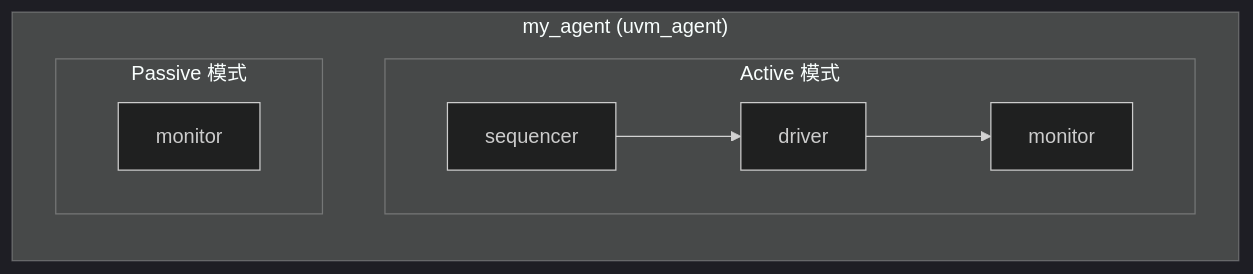
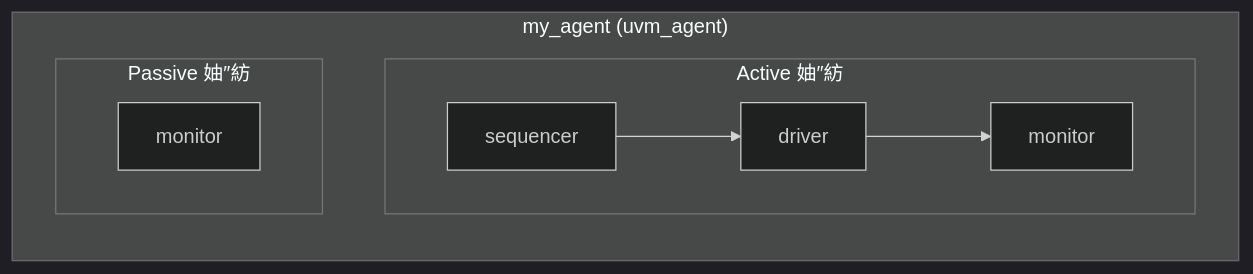
One commit to muyuzhang29-oss/obsidian-knowledge-base changed the fourth of 6 diagrams in .obsidian/claude-code-sessions/a2c15c04440e3536b55a5f7519143b28/note.md. Above: the diagram before and after it, drawn with Mermaid (dark theme). The commit also changed other lines of this file and 173 other files, not shown here.

````diff
--- a/.obsidian/claude-code-sessions/a2c15c04440e3536b55a5f7519143b28/note.md
+++ b/.obsidian/claude-code-sessions/a2c15c04440e3536b55a5f7519143b28/note.md
@@ -144,17 +141,17 @@
 ```mermaid
 graph TB
     subgraph Agent["my_agent (uvm_agent)"]
         direction TB
-        subgraph Active_Mode["Active 模式"]
+        subgraph Active_Mode["Active 妯″紡"]
             SQ[sequencer]
             DR[driver]
             MON[monitor]
         end
-        subgraph Passive_Mode["Passive 模式"]
+        subgraph Passive_Mode["Passive 妯″紡"]
             MON_P[monitor]
         end
     end
 
     SQ --> DR
     DR --> MON
 ```
````
